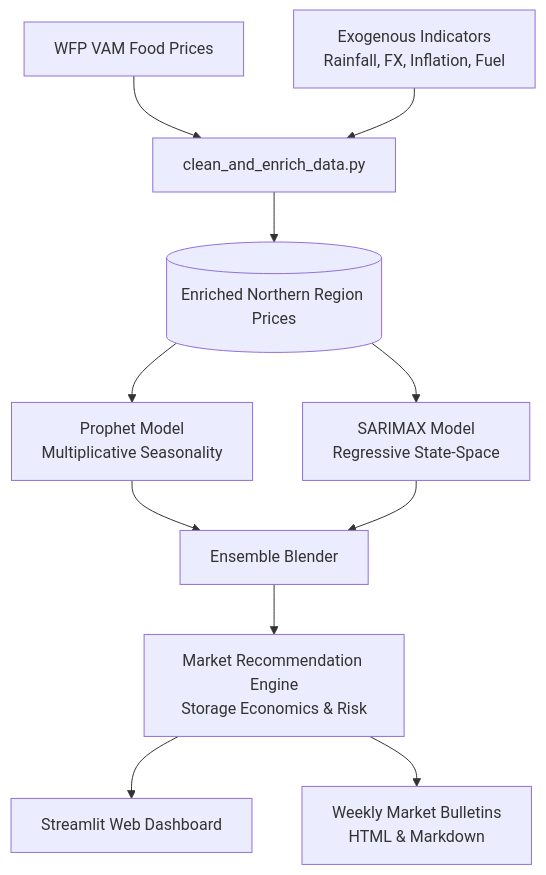
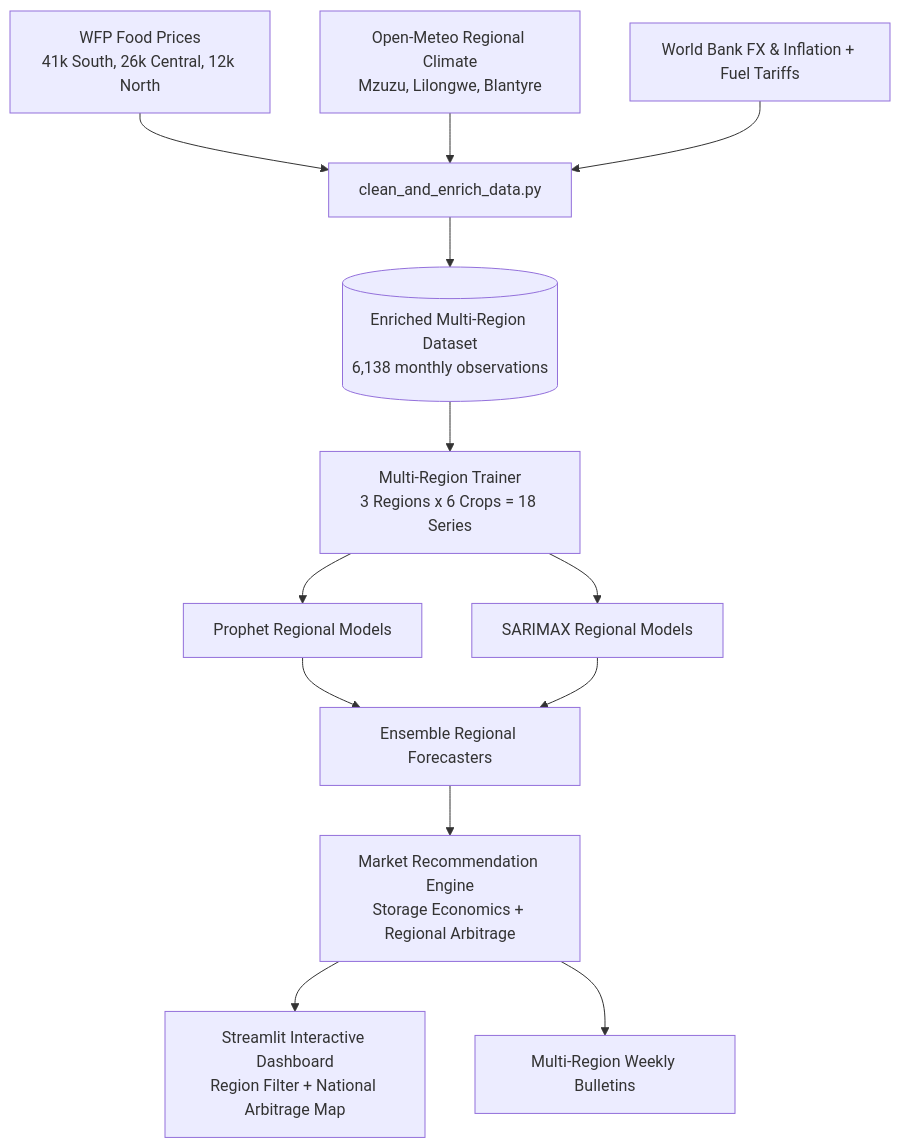
One commit to KEYON04/crop_price_prediction_malawi changed the diagram in README.md. Above: the diagram before and after it, drawn with Mermaid. The commit also changed other lines of this file and 27 other files, not shown here.

First line of the commit message:
feat: nationwide multi-region forecasting, market quorum smoothing, and ground-truth calibration

````diff
--- a/README.md
+++ b/README.md
@@ -34,13 +39,15 @@
 ```mermaid
 graph TD
-    A[WFP VAM Food Prices] --> C[clean_and_enrich_data.py]
-    B[Exogenous Indicators<br/>Rainfall, FX, Inflation, Fuel] --> C
-    C --> D[(Enriched Northern Region Prices)]
-    D --> E[Prophet Model<br/>Multiplicative Seasonality]
-    D --> F[SARIMAX Model<br/>Regressive State-Space]
-    E --> G[Ensemble Blender]
-    F --> G
-    G --> H[Market Recommendation Engine<br/>Storage Economics & Risk]
-    H --> I[Streamlit Web Dashboard]
-    H --> J[Weekly Market Bulletins<br/>HTML & Markdown]
+    A[WFP Food Prices<br/>41k South, 26k Central, 12k North] --> C[clean_and_enrich_data.py]
+    B[Open-Meteo Regional Climate<br/>Mzuzu, Lilongwe, Blantyre] --> C
+    M[World Bank FX & Inflation + Fuel Tariffs] --> C
+    C --> D[(Enriched Multi-Region Dataset<br/>6,138 monthly observations)]
+    D --> E[Multi-Region Trainer<br/>3 Regions x 6 Crops = 18 Series]
+    E --> F[Prophet Regional Models]
+    E --> G[SARIMAX Regional Models]
+    F --> H[Ensemble Regional Forecasters]
+    G --> H
+    H --> I[Market Recommendation Engine<br/>Storage Economics + Regional Arbitrage]
+    I --> J[Streamlit Interactive Dashboard<br/>Region Filter + National Arbitrage Map]
+    I --> K[Multi-Region Weekly Bulletins]
 ```
````
